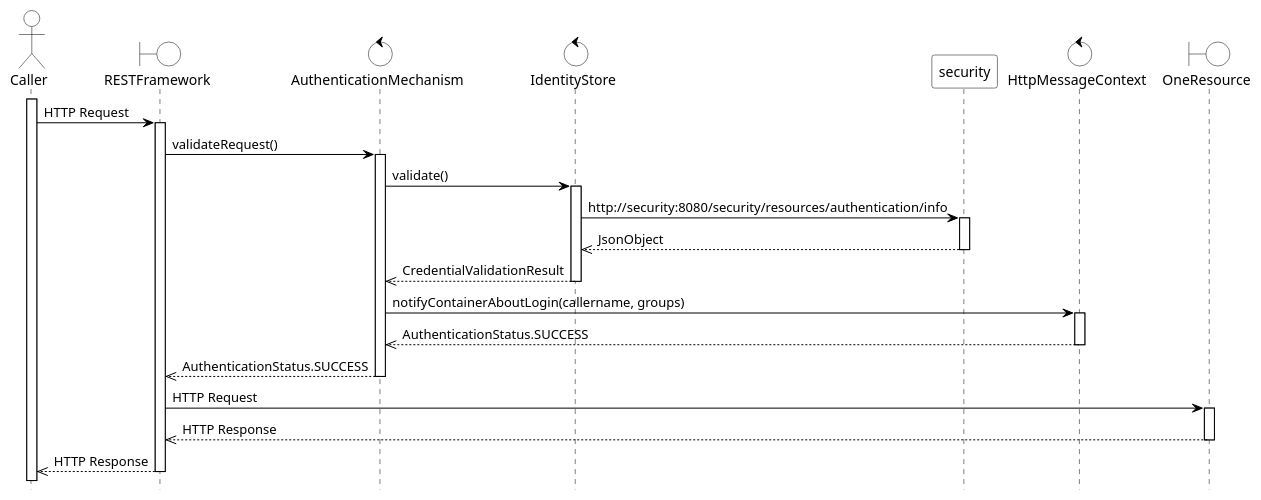
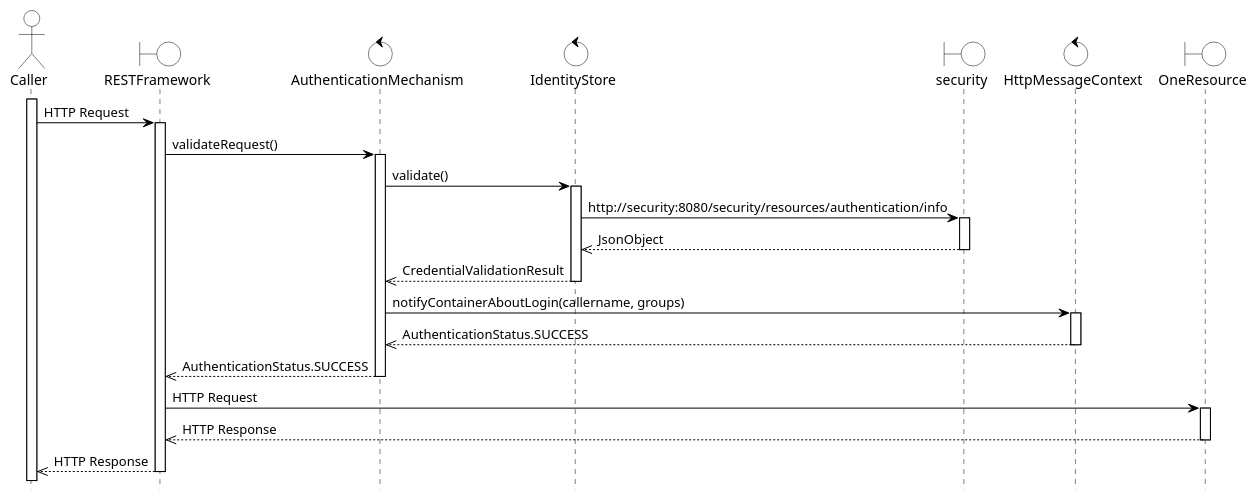
The diagram in diagrams/serviceone-sequence.puml (e-gineering/micro-playground), drawn with PlantUML before and after one commit. The commit also changed 1 other file, not shown here.

```diff
--- a/diagrams/serviceone-sequence.puml
+++ b/diagrams/serviceone-sequence.puml
@@ -1,75 +1,70 @@
 @startuml
 
 hide footbox
 
 skinparam sequence {
     arrowColor black
     LifeLineBorderColor black
 }
 
 skinparam actor {
     backgroundColor white
     borderColor black
 }
 
 skinparam boundary {
     backgroundColor white
     borderColor black
 }
 
 skinparam control {
     backgroundColor white
     borderColor black
 }
 
-skinparam participant {
-    backgroundColor white
-    borderColor black
-}
-
 actor Caller
 boundary RESTFramework
 control AuthenticationMechanism
 control IdentityStore
-participant security
+boundary security
 control HttpMessageContext
 boundary OneResource
 
 activate Caller
 
 Caller -> RESTFramework : HTTP Request
 activate RESTFramework
 
     RESTFramework -> AuthenticationMechanism : validateRequest()
     activate AuthenticationMechanism
         AuthenticationMechanism -> IdentityStore : validate()
         activate IdentityStore
 
             IdentityStore -> security : http://security:8080/security/resources/authentication/info
             activate security
 
             security -->> IdentityStore : JsonObject
             deactivate security
 
         IdentityStore -->> AuthenticationMechanism : CredentialValidationResult
         deactivate IdentityStore
 
         AuthenticationMechanism -> HttpMessageContext : notifyContainerAboutLogin(callername, groups)
         activate HttpMessageContext
         HttpMessageContext -->> AuthenticationMechanism : AuthenticationStatus.SUCCESS
         deactivate HttpMessageContext
 
     AuthenticationMechanism -->> RESTFramework : AuthenticationStatus.SUCCESS
     deactivate AuthenticationMechanism
 
 
     RESTFramework -> OneResource : HTTP Request
     activate OneResource
 
     OneResource -->> RESTFramework : HTTP Response
     deactivate OneResource
 
 RESTFramework -->> Caller : HTTP Response
 deactivate RESTFramework
 
 @enduml
```
